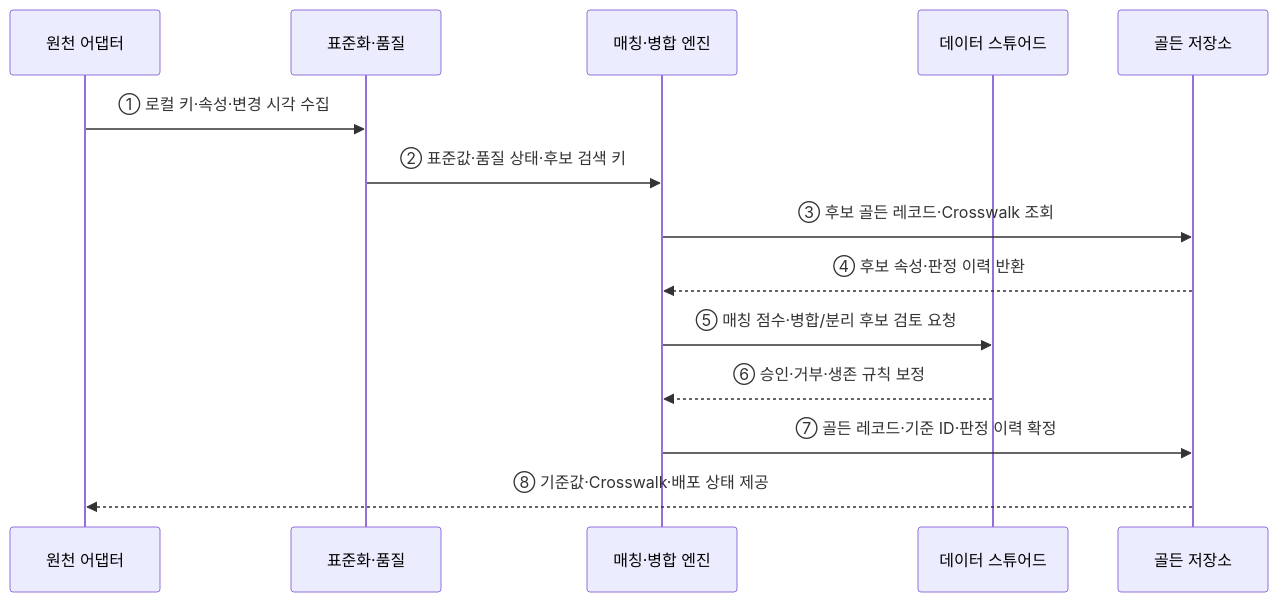
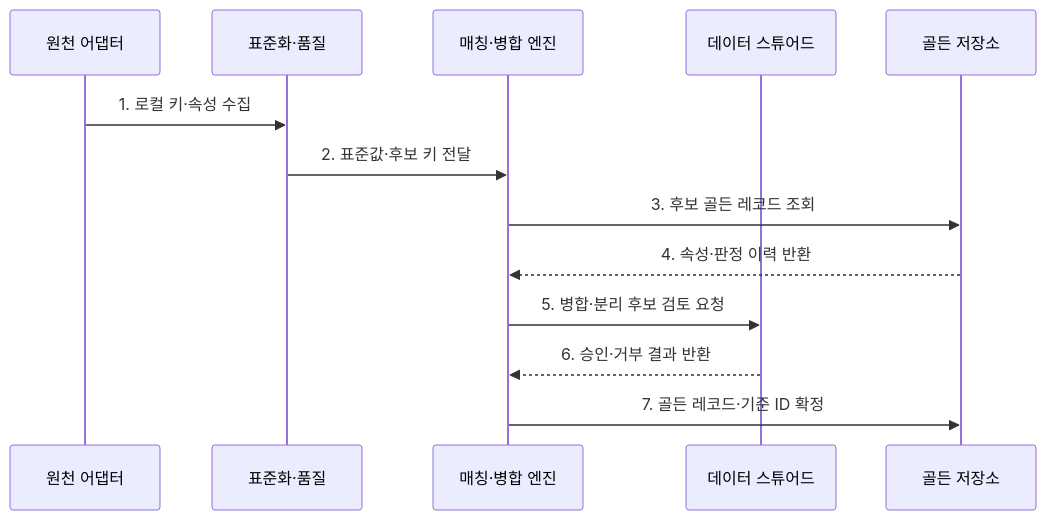
The second of 2 diagrams in src/content/docs/notes/03-software/136_master_data_management.md (agnusdei1207/knowledge-base), drawn with Mermaid before and after one commit. The commit also changed other lines of this file and 20 other files, not shown here.

````diff
--- a/src/content/docs/notes/03-software/136_master_data_management.md
+++ b/src/content/docs/notes/03-software/136_master_data_management.md
@@ -75,16 +84,15 @@
 ```mermaid
 sequenceDiagram
     participant S as 원천 어댑터
     participant N as 표준화·품질
     participant M as 매칭·병합 엔진
     participant A as 데이터 스튜어드
     participant G as 골든 저장소
-    S->>N: ① 로컬 키·속성·변경 시각 수집
-    N->>M: ② 표준값·품질 상태·후보 검색 키
-    M->>G: ③ 후보 골든 레코드·Crosswalk 조회
-    G-->>M: ④ 후보 속성·판정 이력 반환
-    M->>A: ⑤ 매칭 점수·병합/분리 후보 검토 요청
-    A-->>M: ⑥ 승인·거부·생존 규칙 보정
-    M->>G: ⑦ 골든 레코드·기준 ID·판정 이력 확정
-    G-->>S: ⑧ 기준값·Crosswalk·배포 상태 제공
+    S->>N: 1. 로컬 키·속성 수집
+    N->>M: 2. 표준값·후보 키 전달
+    M->>G: 3. 후보 골든 레코드 조회
+    G-->>M: 4. 속성·판정 이력 반환
+    M->>A: 5. 병합·분리 후보 검토 요청
+    A-->>M: 6. 승인·거부 결과 반환
+    M->>G: 7. 골든 레코드·기준 ID 확정
 ```
````
